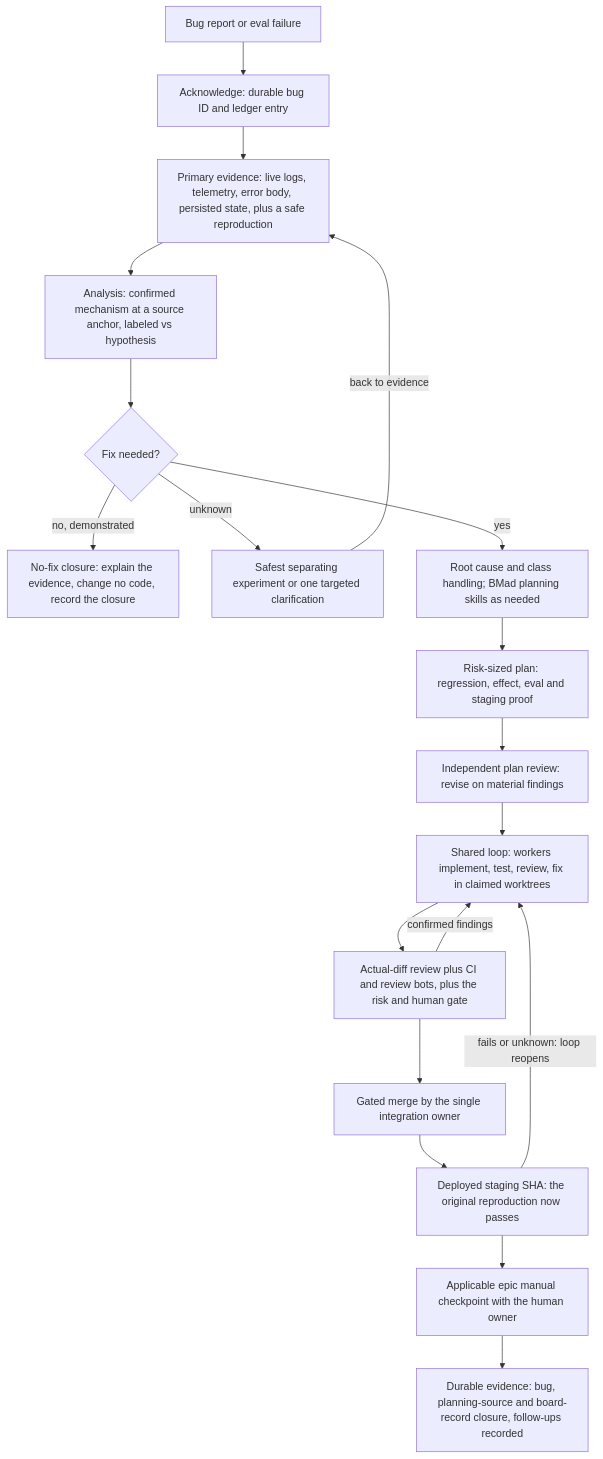
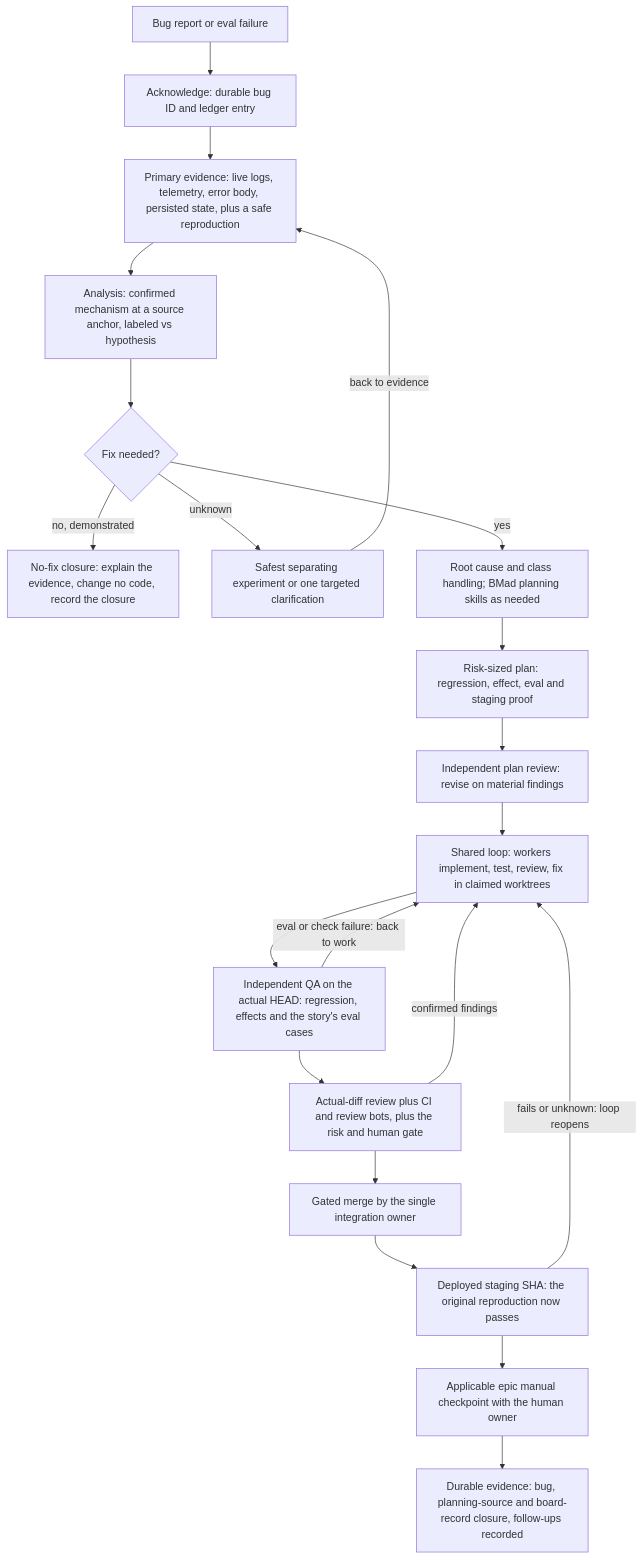
The diagram in skills/software-factory/workflows/bug.md (sbeeredd04/software-factory), drawn with Mermaid before and after one commit. The commit also changed other lines of this file and 7 other files, not shown here.

````diff
--- a/skills/software-factory/workflows/bug.md
+++ b/skills/software-factory/workflows/bug.md
@@ -6,21 +6,23 @@
 ```mermaid
 flowchart TD
   X[Bug report or eval failure] --> A[Acknowledge: durable bug ID and ledger entry]
   A --> E[Primary evidence: live logs, telemetry, error body, persisted state, plus a safe reproduction]
   E --> R[Analysis: confirmed mechanism at a source anchor, labeled vs hypothesis]
   R --> D{Fix needed?}
   D -->|no, demonstrated| Z[No-fix closure: explain the evidence, change no code, record the closure]
   D -->|unknown| U[Safest separating experiment or one targeted clarification]
   U -->|back to evidence| E
   D -->|yes| B[Root cause and class handling; BMad planning skills as needed]
   B --> P[Risk-sized plan: regression, effect, eval and staging proof]
   P --> PR[Independent plan review: revise on material findings]
   PR --> O[Shared loop: workers implement, test, review, fix in claimed worktrees]
-  O --> C[Actual-diff review plus CI and review bots, plus the risk and human gate]
+  O --> V[Independent QA on the actual HEAD: regression, effects and the story's eval cases]
+  V -->|eval or check failure: back to work| O
+  V --> C[Actual-diff review plus CI and review bots, plus the risk and human gate]
   C -->|confirmed findings| O
   C --> M[Gated merge by the single integration owner]
   M --> S[Deployed staging SHA: the original reproduction now passes]
   S -->|fails or unknown: loop reopens| O
   S --> H[Applicable epic manual checkpoint with the human owner]
   H --> K[Durable evidence: bug, planning-source and board-record closure, follow-ups recorded]
 ```
````
